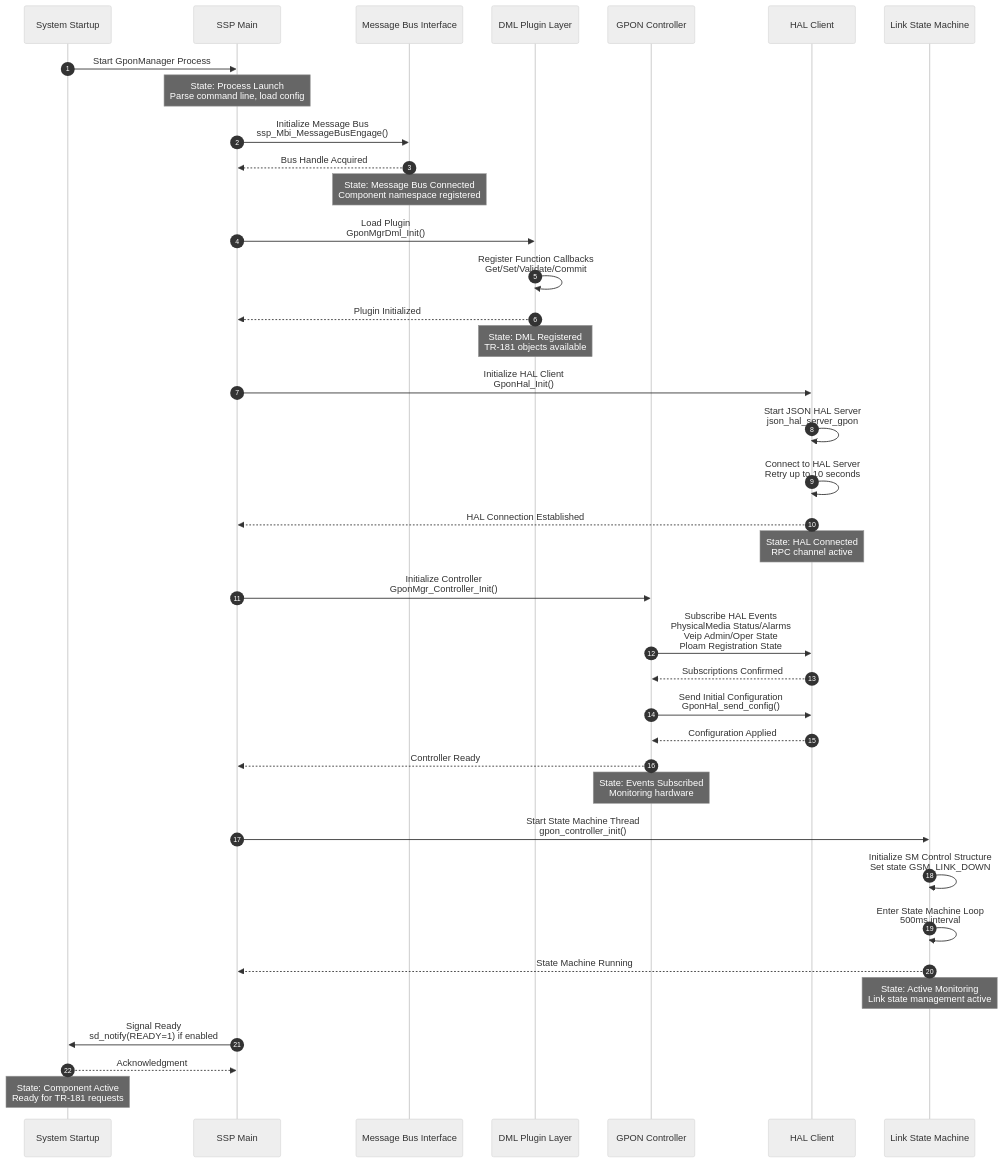
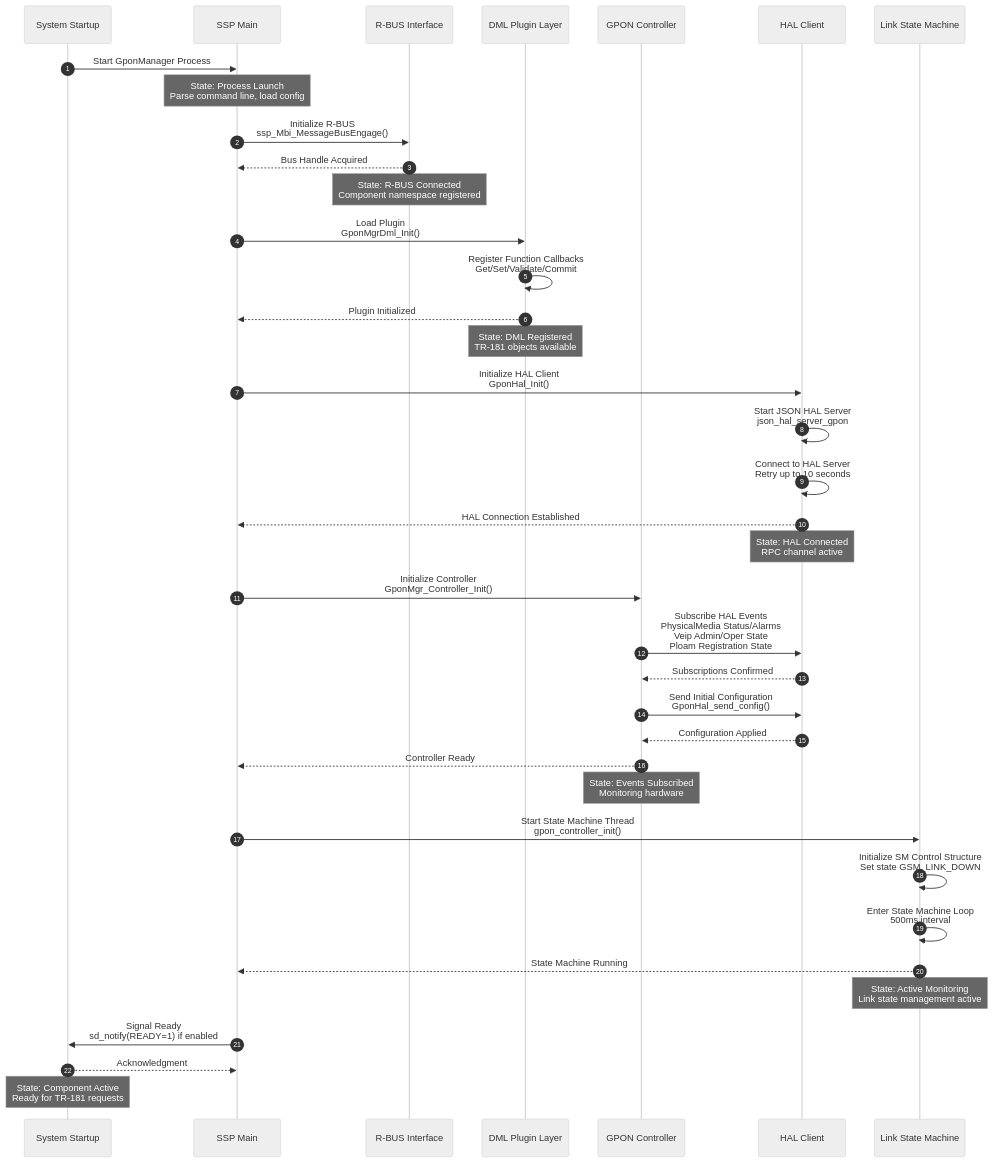
The third of 7 diagrams in README.md (rdkcentral/RdkGponManager), drawn with Mermaid (neutral theme) before and after one commit. The commit also changed other lines of this file, not shown here.

````diff
--- a/README.md
+++ b/README.md
@@ -174,47 +170,47 @@
 ```mermaid
 sequenceDiagram
     autonumber
     participant System as System Startup
     participant SSP as SSP Main
-    participant MsgBus as Message Bus Interface
+    participant MsgBus as R-BUS Interface
     participant DMLPlugin as DML Plugin Layer
     participant Controller as GPON Controller
     participant HAL as HAL Client
     participant StateMachine as Link State Machine
 
     System->>SSP: Start GponManager Process
     Note over SSP: State: Process Launch<br/>Parse command line, load config
-    
-    SSP->>MsgBus: Initialize Message Bus<br/>ssp_Mbi_MessageBusEngage()
+
+    SSP->>MsgBus: Initialize R-BUS<br/>ssp_Mbi_MessageBusEngage()
     MsgBus-->>SSP: Bus Handle Acquired
-    Note over MsgBus: State: Message Bus Connected<br/>Component namespace registered
-    
+    Note over MsgBus: State: R-BUS Connected<br/>Component namespace registered
+
     SSP->>DMLPlugin: Load Plugin<br/>GponMgrDml_Init()
     DMLPlugin->>DMLPlugin: Register Function Callbacks<br/>Get/Set/Validate/Commit
     DMLPlugin-->>SSP: Plugin Initialized
     Note over DMLPlugin: State: DML Registered<br/>TR-181 objects available
-    
+
     SSP->>HAL: Initialize HAL Client<br/>GponHal_Init()
     HAL->>HAL: Start JSON HAL Server<br/>json_hal_server_gpon
     HAL->>HAL: Connect to HAL Server<br/>Retry up to 10 seconds
     HAL-->>SSP: HAL Connection Established
     Note over HAL: State: HAL Connected<br/>RPC channel active
-    
+
     SSP->>Controller: Initialize Controller<br/>GponMgr_Controller_Init()
     Controller->>HAL: Subscribe HAL Events<br/>PhysicalMedia Status/Alarms<br/>Veip Admin/Oper State<br/>Ploam Registration State
     HAL-->>Controller: Subscriptions Confirmed
     Controller->>HAL: Send Initial Configuration<br/>GponHal_send_config()
     HAL-->>Controller: Configuration Applied
     Controller-->>SSP: Controller Ready
     Note over Controller: State: Events Subscribed<br/>Monitoring hardware
-    
+
     SSP->>StateMachine: Start State Machine Thread<br/>gpon_controller_init()
     StateMachine->>StateMachine: Initialize SM Control Structure<br/>Set state GSM_LINK_DOWN
     StateMachine->>StateMachine: Enter State Machine Loop<br/>500ms interval
     StateMachine-->>SSP: State Machine Running
     Note over StateMachine: State: Active Monitoring<br/>Link state management active
-    
+
     SSP->>System: Signal Ready<br/>sd_notify(READY=1) if enabled
     System-->>SSP: Acknowledgment
     Note over System: State: Component Active<br/>Ready for TR-181 requests
 ```
````
